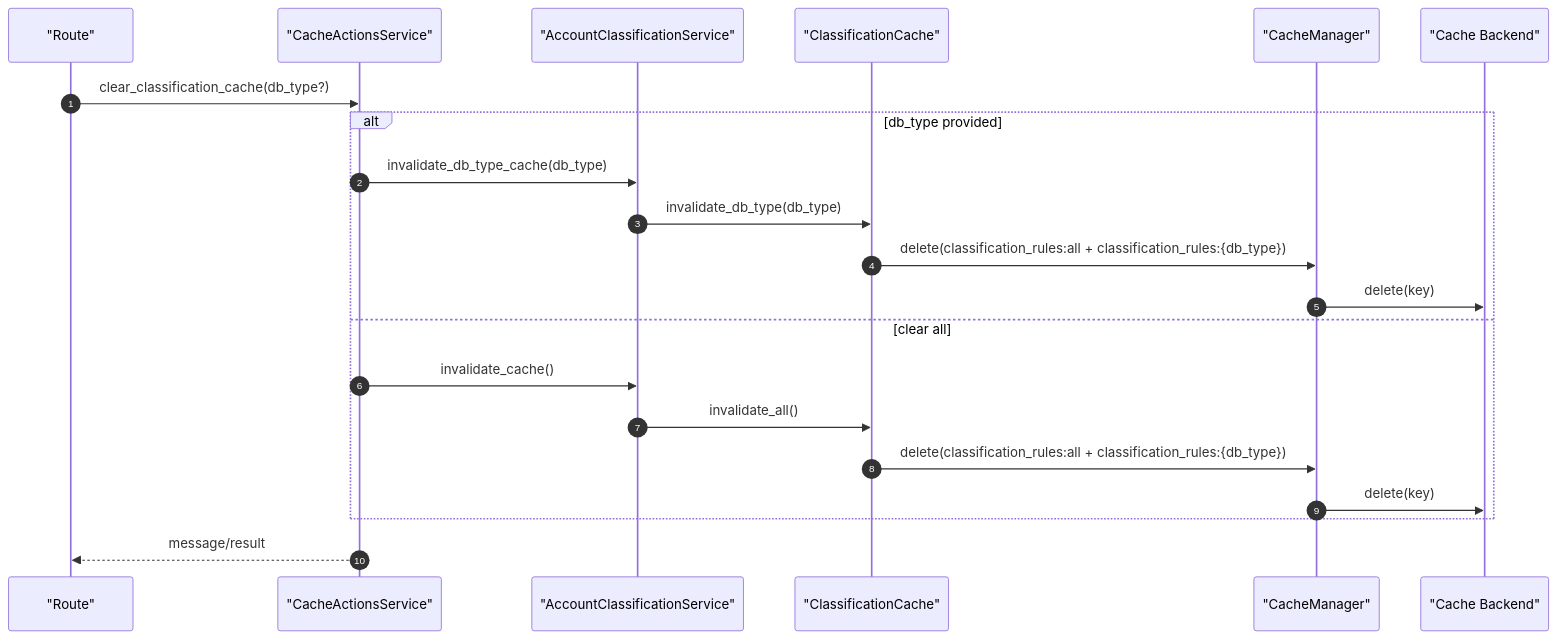
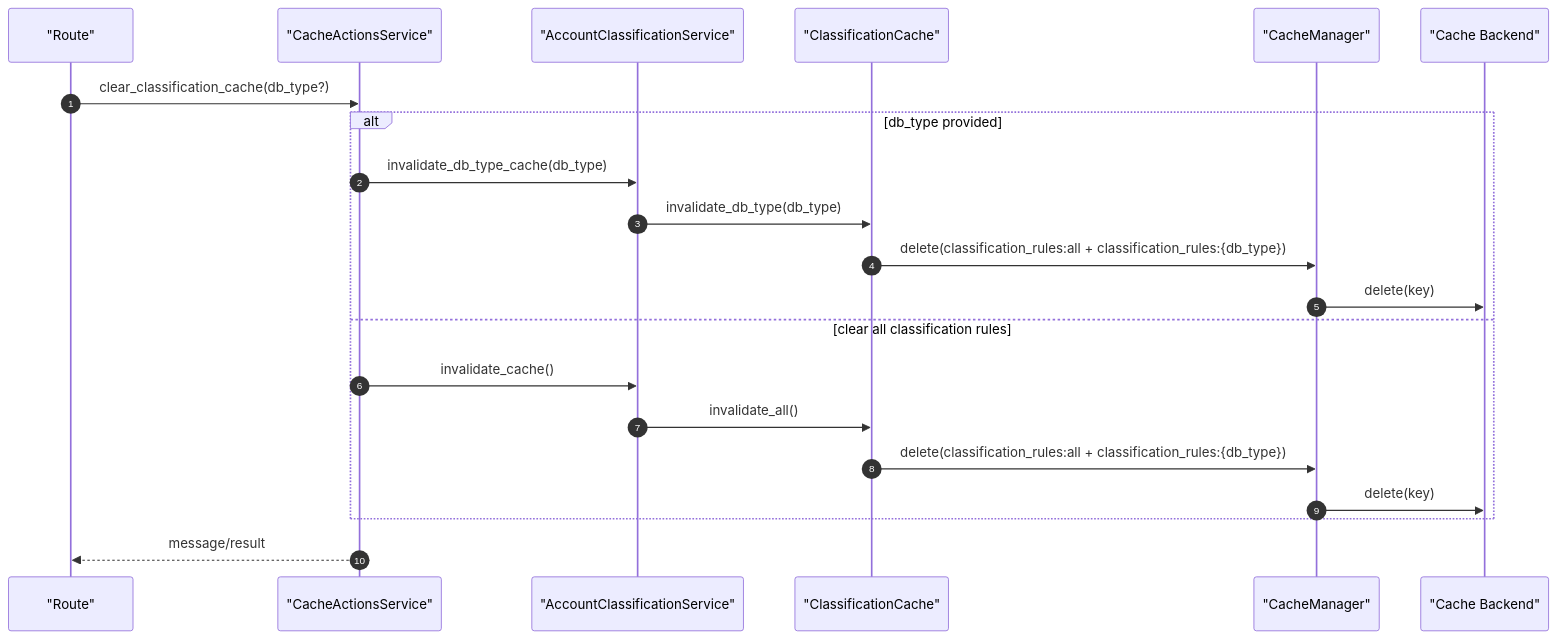
One commit to nyealovey/WhaleFall changed the diagram in docs/Obsidian/reference/service/cache-services.md. Above: the diagram before and after it, drawn with Mermaid. The commit also changed other lines of this file and 25 other files, not shown here.

````diff
--- a/docs/Obsidian/reference/service/cache-services.md
+++ b/docs/Obsidian/reference/service/cache-services.md
@@ -93,24 +76,24 @@
 ```mermaid
 sequenceDiagram
     autonumber
     participant Route as "Route"
     participant Actions as "CacheActionsService"
     participant Classify as "AccountClassificationService"
     participant Cache as "ClassificationCache"
     participant Manager as "CacheManager"
     participant Backend as "Cache Backend"
 
     Route->>Actions: clear_classification_cache(db_type?)
     alt db_type provided
         Actions->>Classify: invalidate_db_type_cache(db_type)
         Classify->>Cache: invalidate_db_type(db_type)
         Cache->>Manager: delete(classification_rules:all + classification_rules:{db_type})
         Manager->>Backend: delete(key)
-    else clear all
+    else clear all classification rules
         Actions->>Classify: invalidate_cache()
         Classify->>Cache: invalidate_all()
         Cache->>Manager: delete(classification_rules:all + classification_rules:{db_type})
         Manager->>Backend: delete(key)
     end
     Actions-->>Route: message/result
 ```
````
